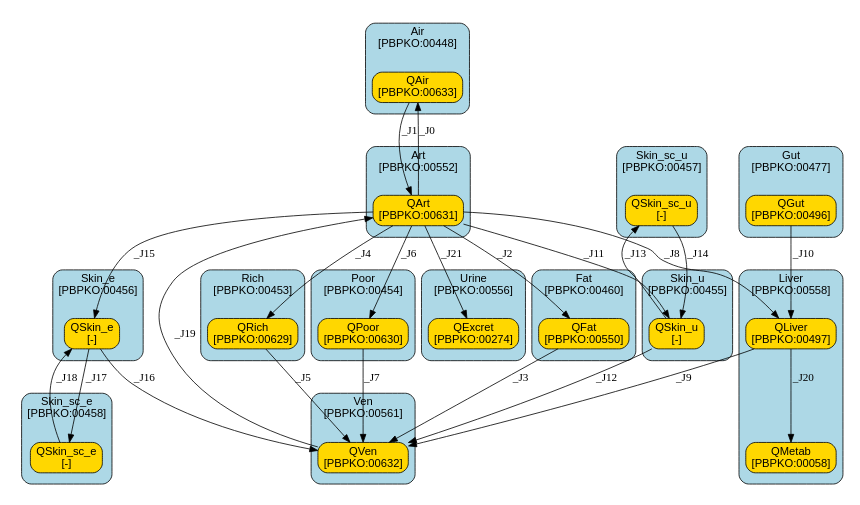
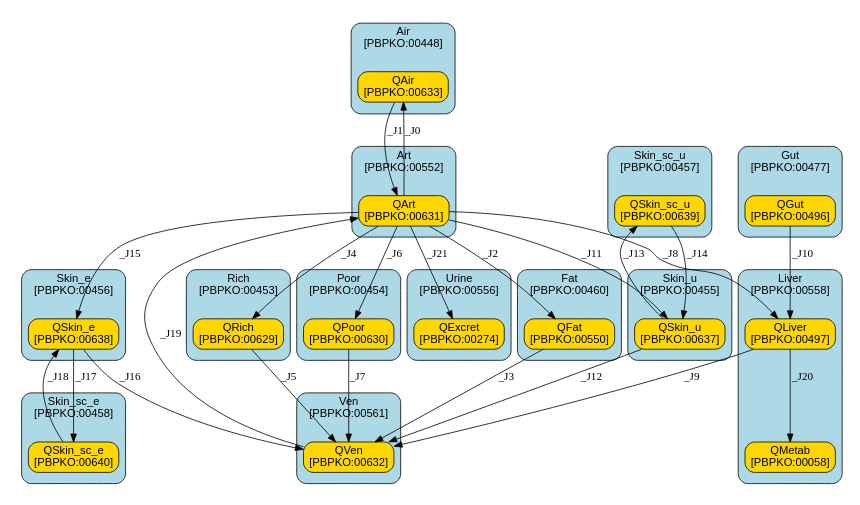
Before and after one commit to rivm-syso/euromix-to-sbml: the diagram in docs/euromix.report.dot, drawn with Graphviz. The commit also changed 2 other files, not shown here.

```diff
--- a/docs/euromix.report.dot
+++ b/docs/euromix.report.dot
@@ -150,7 +150,7 @@
 			fillcolor=gold,
 			href="#species-QSkin_e",
 			label="QSkin_e
-[-]",
+[PBPKO:00638]",
 			shape=box,
 			style="filled,rounded"];
 	}
@@ -168,7 +168,7 @@
 			fillcolor=gold,
 			href="#species-QSkin_u",
 			label="QSkin_u
-[-]",
+[PBPKO:00637]",
 			shape=box,
 			style="filled,rounded"];
 	}
@@ -186,7 +186,7 @@
 			fillcolor=gold,
 			href="#species-QSkin_sc_e",
 			label="QSkin_sc_e
-[-]",
+[PBPKO:00640]",
 			shape=box,
 			style="filled,rounded"];
 	}
@@ -204,7 +204,7 @@
 			fillcolor=gold,
 			href="#species-QSkin_sc_u",
 			label="QSkin_sc_u
-[-]",
+[PBPKO:00639]",
 			shape=box,
 			style="filled,rounded"];
 	}
```
